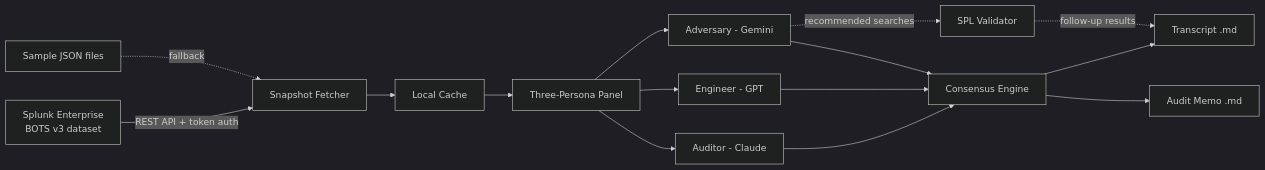
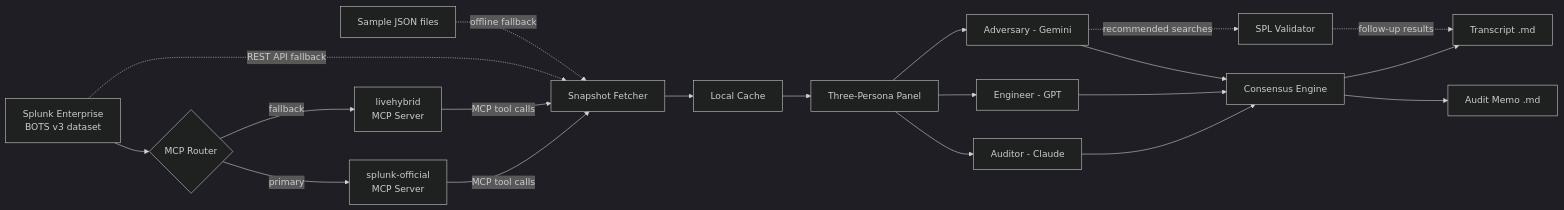
Before and after one commit to sandhipveera/audit-evidence-compiler: the diagram in README.md, drawn with Mermaid (dark theme). The commit also changed other lines of this file and 18 other files, not shown here.

First line of the commit message:
feat(splunk): dual MCP server integration with runtime fallback

````diff
--- a/README.md
+++ b/README.md
@@ -39,17 +39,22 @@
 ```mermaid
 graph LR
-    A[Splunk Enterprise<br/>BOTS v3 dataset] -->|REST API + token auth| B[Snapshot Fetcher]
-    A2[Sample JSON files] -.->|fallback| B
+    A[Splunk Enterprise<br/>BOTS v3 dataset] --> MCP_R{MCP Router}
+    MCP_R -->|primary| MCP_O[splunk-official<br/>MCP Server]
+    MCP_R -->|fallback| MCP_L[livehybrid<br/>MCP Server]
+    MCP_O -->|MCP tool calls| B[Snapshot Fetcher]
+    MCP_L -->|MCP tool calls| B
+    A -.->|REST API fallback| B
+    A2[Sample JSON files] -.->|offline fallback| B
     B --> C[Local Cache]
     C --> D[Three-Persona Panel]
     D --> E[Auditor - Claude]
     D --> F[Engineer - GPT]
     D --> G[Adversary - Gemini]
     E --> H[Consensus Engine]
     F --> H
     G --> H
     H --> I[Transcript .md]
     H --> J[Audit Memo .md]
     G -.->|recommended searches| K[SPL Validator]
     K -.->|follow-up results| I
 ```
````
